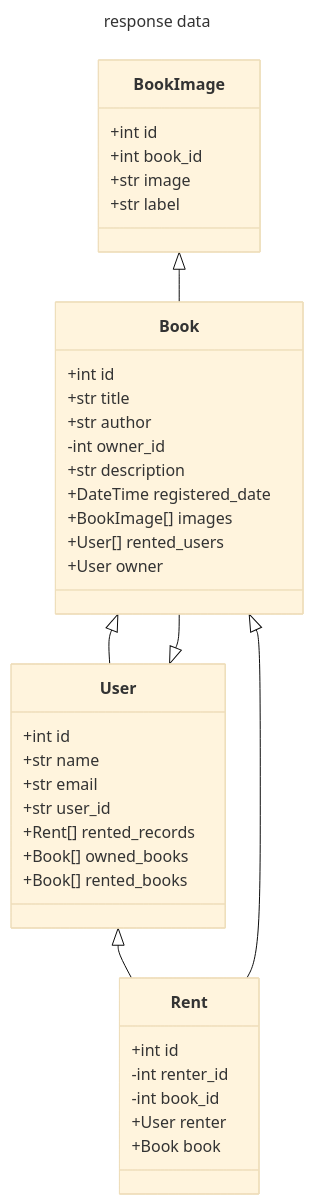
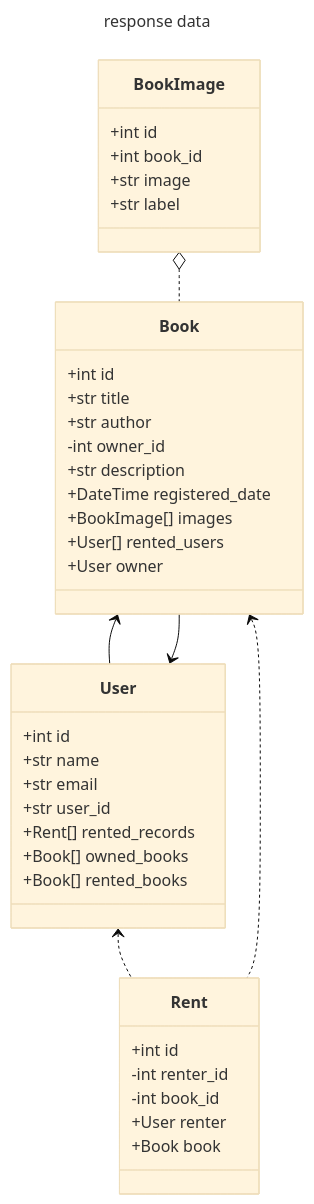
One commit to wootra/book-share changed the third of 9 diagrams in README.md. Above: the diagram before and after it, drawn with Mermaid (base theme). The commit also changed other lines of this file, not shown here.

````diff
--- a/README.md
+++ b/README.md
@@ -73,49 +81,49 @@
 ```mermaid
 ---
 title: "response data"
 ---
 classDiagram
 class Book {
     +int id
     +str title
     +str author
     -int owner_id
     +str description
     +DateTime registered_date
     +BookImage[] images
     +User[] rented_users
     +User owner
 }
 
 class BookImage {
     +int id
     +int book_id
     +str image
     +str label
 }
 
 class User {
     +int id
     +str name
     +str email
     +str user_id
     +Rent[] rented_records
     +Book[] owned_books
     +Book[] rented_books
 }
 
 class Rent {
     +int id
     -int renter_id
     -int book_id
     +User renter
     +Book book
 }
 
-Book <|-- User
-User <|-- Book
-User <|-- Rent
-Book <|-- Rent
-BookImage <|-- Book
+Book <-- User
+User <-- Book
+User <.. Rent
+Book <.. Rent
+BookImage o.. Book
 
 ```
````
